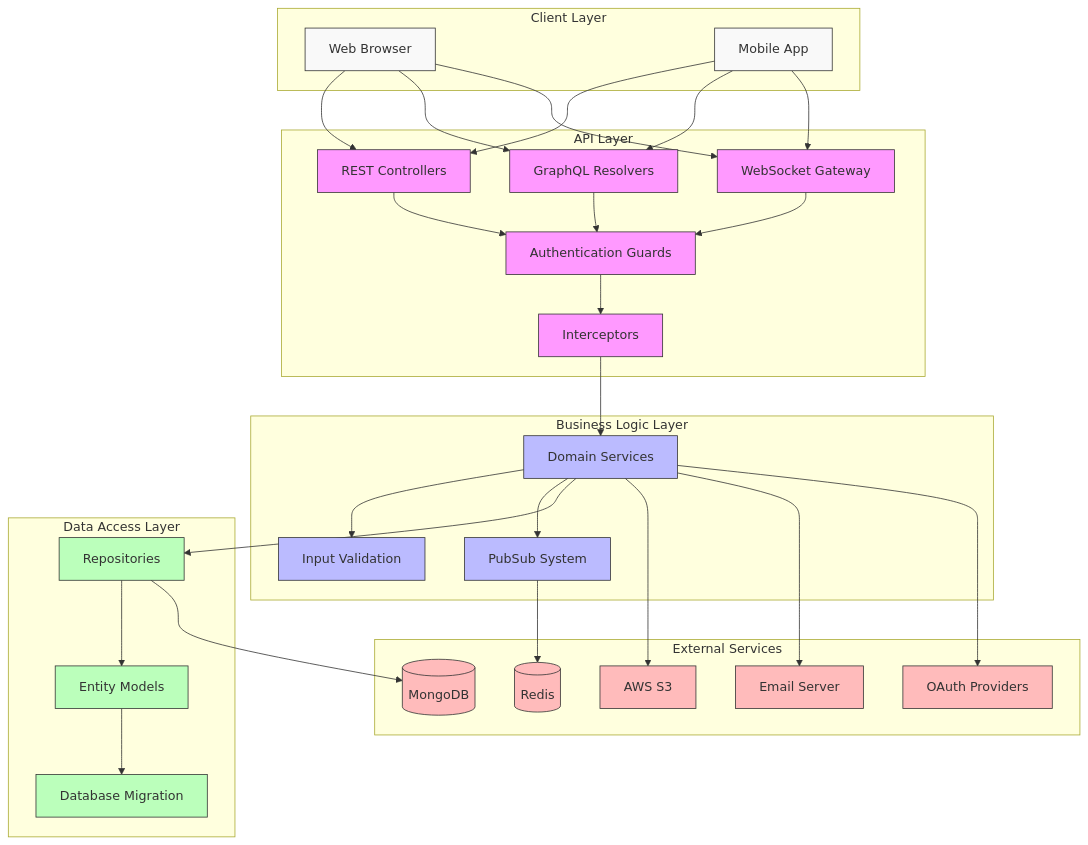
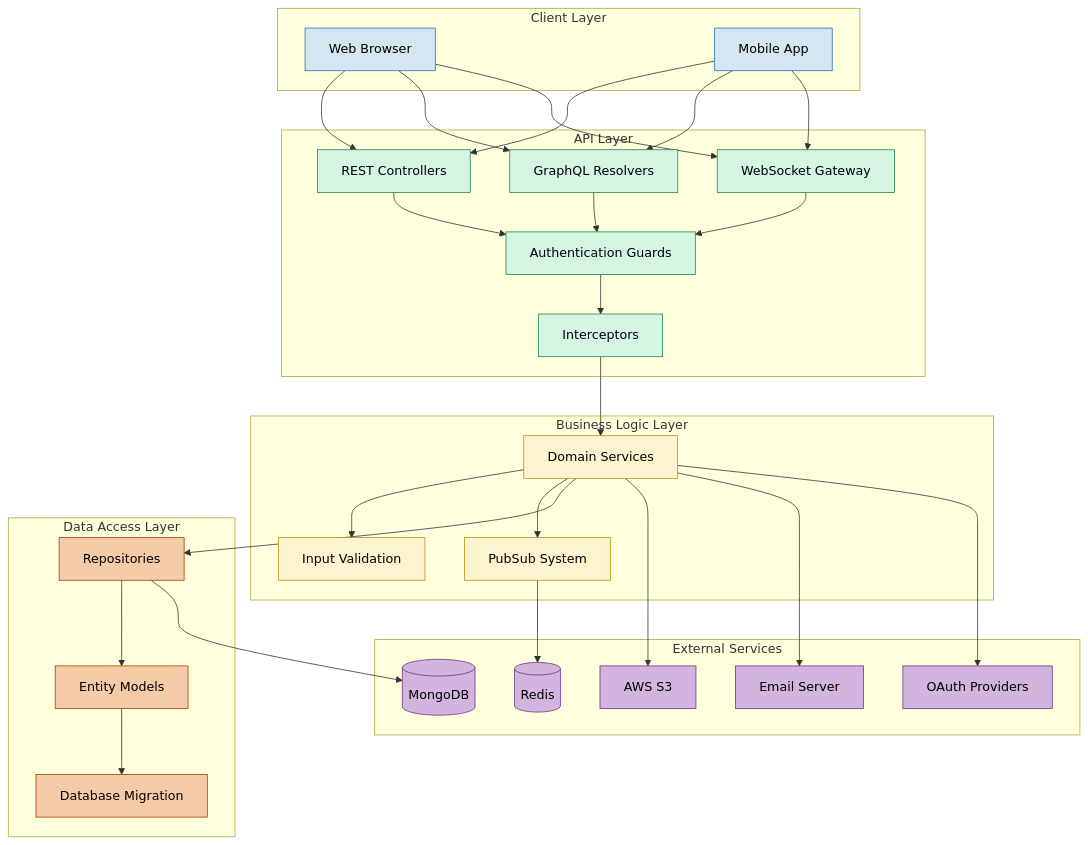
The first of 3 diagrams in README.md (aniketdebnath/apollo-chat), drawn with Mermaid before and after one commit. The commit also changed other lines of this file and 10 other files, not shown here.

Commit message:
inconsistency in diagrams fixed, updated with high contrast fill color suitable for github dark mode

````diff
--- a/README.md
+++ b/README.md
@@ -110,74 +110,74 @@
 ```mermaid
 graph TB
     subgraph "Client Layer"
         Browser[Web Browser]
         Mobile[Mobile App]
     end
 
     subgraph "API Layer"
         REST[REST Controllers]
         GraphQL[GraphQL Resolvers]
         WebSockets[WebSocket Gateway]
         Guards[Authentication Guards]
         Interceptors[Interceptors]
     end
 
     subgraph "Business Logic Layer"
         Services[Domain Services]
         PubSub[PubSub System]
         Validation[Input Validation]
     end
 
     subgraph "Data Access Layer"
         Repositories[Repositories]
         Entities[Entity Models]
         Migration[Database Migration]
     end
 
     subgraph "External Services"
         Database[(MongoDB)]
         Redis[(Redis)]
         S3[AWS S3]
         SMTP[Email Server]
         OAuth[OAuth Providers]
     end
 
     Browser --> REST
     Browser --> GraphQL
     Browser --> WebSockets
     Mobile --> REST
     Mobile --> GraphQL
     Mobile --> WebSockets
 
     REST --> Guards
     GraphQL --> Guards
     WebSockets --> Guards
 
     Guards --> Interceptors
     Interceptors --> Services
 
     Services --> Validation
     Services --> PubSub
 
     Services --> Repositories
     Repositories --> Entities
     Entities --> Migration
 
     Repositories --> Database
     PubSub --> Redis
     Services --> S3
     Services --> SMTP
     Services --> OAuth
 
-    classDef clientLayer fill:#f9f9f9,stroke:#333,stroke-width:1px;
-    classDef apiLayer fill:#f9f,stroke:#333,stroke-width:1px;
-    classDef businessLayer fill:#bbf,stroke:#333,stroke-width:1px;
-    classDef dataLayer fill:#bfb,stroke:#333,stroke-width:1px;
-    classDef externalLayer fill:#fbb,stroke:#333,stroke-width:1px;
+    classDef clientLayer fill:#D4E6F1,stroke:#2874A6,stroke-width:1px,color:#000;
+    classDef apiLayer fill:#D5F5E3,stroke:#1E8449,stroke-width:1px,color:#000;
+    classDef businessLayer fill:#FCF3CF,stroke:#B7950B,stroke-width:1px,color:#000;
+    classDef dataLayer fill:#F5CBA7,stroke:#A04000,stroke-width:1px,color:#000;
+    classDef externalLayer fill:#D2B4DE,stroke:#6C3483,stroke-width:1px,color:#000;
 
     class Browser,Mobile clientLayer;
     class REST,GraphQL,WebSockets,Guards,Interceptors apiLayer;
     class Services,PubSub,Validation businessLayer;
     class Repositories,Entities,Migration dataLayer;
     class Database,Redis,S3,SMTP,OAuth externalLayer;
 ```
````
